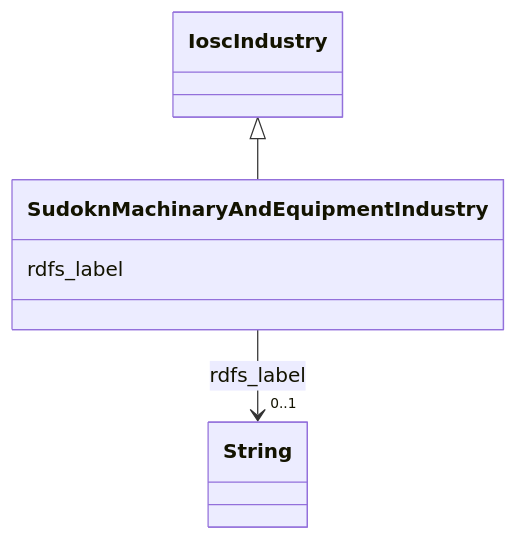
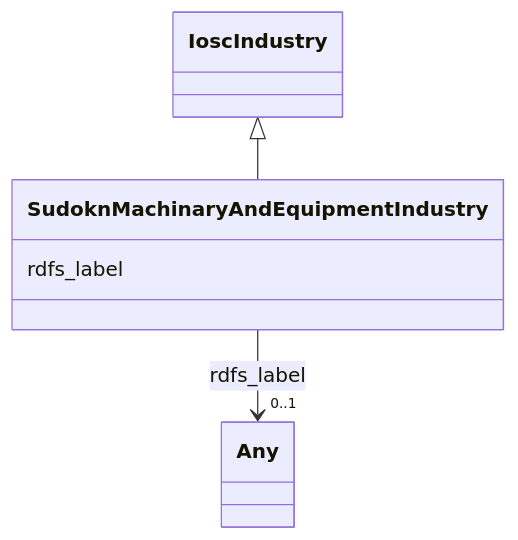
The diagram in sudokn-kg/classes/SudoknMachinaryAndEquipmentIndustry.md (frink-okn/graph-descriptions), drawn with Mermaid before and after one commit. The commit also changed other lines of this file and 903 other files, not shown here.

````diff
--- a/sudokn-kg/classes/SudoknMachinaryAndEquipmentIndustry.md
+++ b/sudokn-kg/classes/SudoknMachinaryAndEquipmentIndustry.md
@@ -23,18 +18,18 @@
 ```mermaid
  classDiagram
     class SudoknMachinaryAndEquipmentIndustry
     click SudoknMachinaryAndEquipmentIndustry href "../SudoknMachinaryAndEquipmentIndustry"
       IoscIndustry <|-- SudoknMachinaryAndEquipmentIndustry
         click IoscIndustry href "../IoscIndustry"
       
       SudoknMachinaryAndEquipmentIndustry : rdfs_label
         
           
     
     
-    SudoknMachinaryAndEquipmentIndustry --> "0..1" String : rdfs_label
-    click String href "../String"
+    SudoknMachinaryAndEquipmentIndustry --> "0..1" Any : rdfs_label
+    click Any href "../Any"
 
         
       
 ```
````
